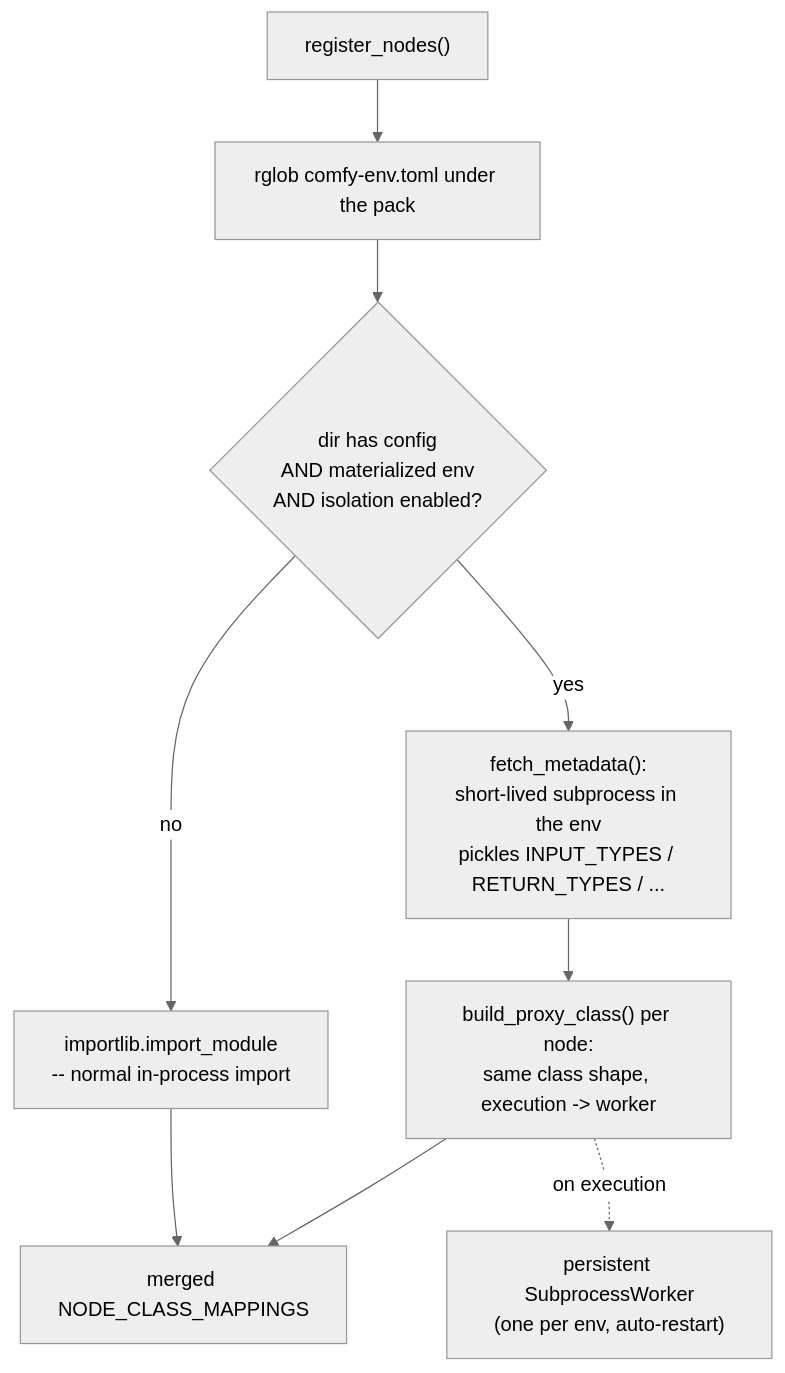
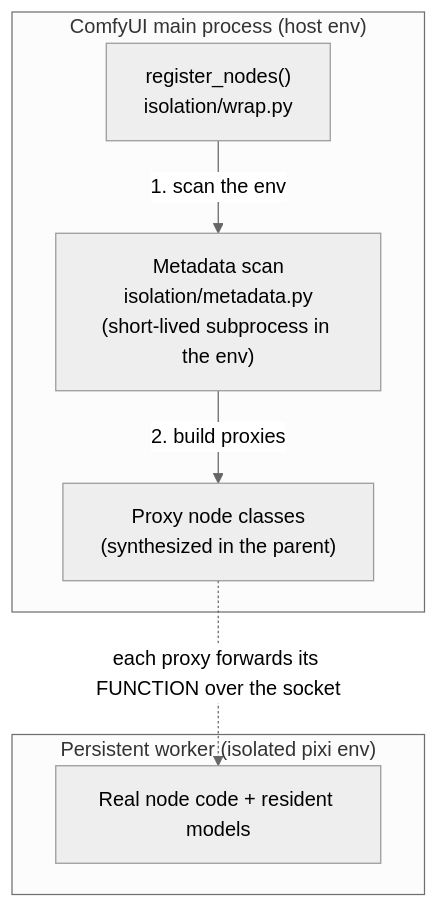
One commit to Comfy-Forge/comfy-forge-docs changed the diagram in docs/comfy-env/register-nodes.md. Above: the diagram before and after it, drawn with Mermaid (neutral theme). The commit also changed other lines of this file and 12 other files, not shown here.

Commit message:
comfy-env changes and updates

````diff
--- a/docs/comfy-env/register-nodes.md
+++ b/docs/comfy-env/register-nodes.md
@@ -21,11 +21,16 @@
 ```mermaid
 flowchart TD
-    start["register_nodes()"] --> scan["rglob comfy-env.toml under the pack"]
-    scan --> decide{"dir has config<br/>AND materialized env<br/>AND isolation enabled?"}
-    decide -->|"no"| direct["importlib.import_module<br/>-- normal in-process import"]
-    decide -->|"yes"| meta["fetch_metadata():<br/>short-lived subprocess in the env<br/>pickles INPUT_TYPES / RETURN_TYPES / ..."]
-    meta --> proxy["build_proxy_class() per node:<br/>same class shape, execution -> worker"]
-    direct --> merge["merged NODE_CLASS_MAPPINGS"]
-    proxy --> merge
-    proxy -.->|"on execution"| worker["persistent SubprocessWorker<br/>(one per env, auto-restart)"]
+    subgraph parent["ComfyUI main process (host env)"]
+        reg["register_nodes()<br/>isolation/wrap.py"]
+        meta["Metadata scan<br/>isolation/metadata.py<br/>(short-lived subprocess in the env)"]
+        proxy["Proxy node classes<br/>(synthesized in the parent)"]
+        reg -->|"1. scan the env"| meta
+        meta -->|"2. build proxies"| proxy
+    end
+
+    subgraph worker["Persistent worker (isolated pixi env)"]
+        node["Real node code + resident models"]
+    end
+
+    proxy -. "each proxy forwards its FUNCTION over the socket" .-> node
 ```
````
